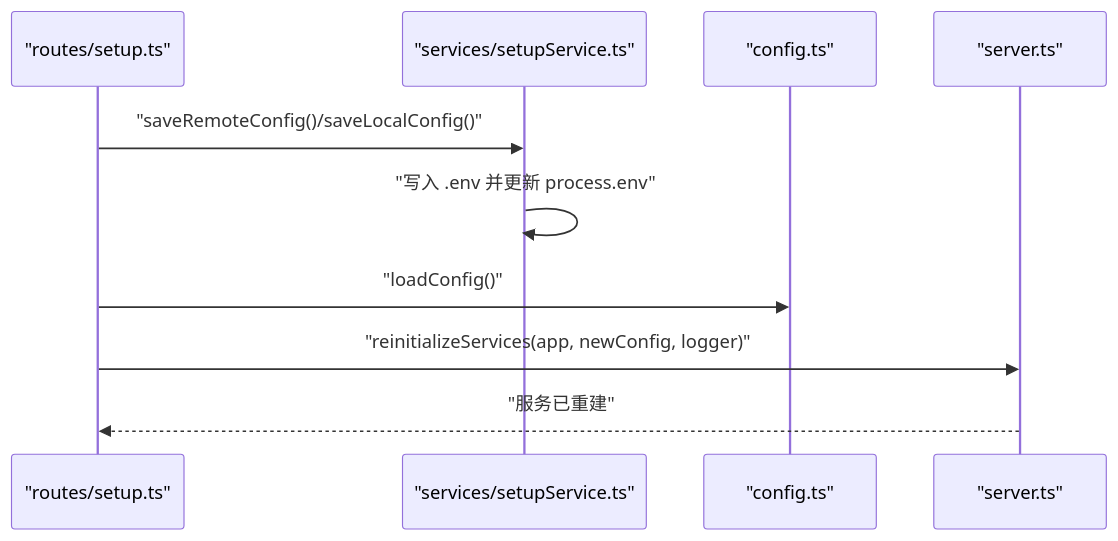
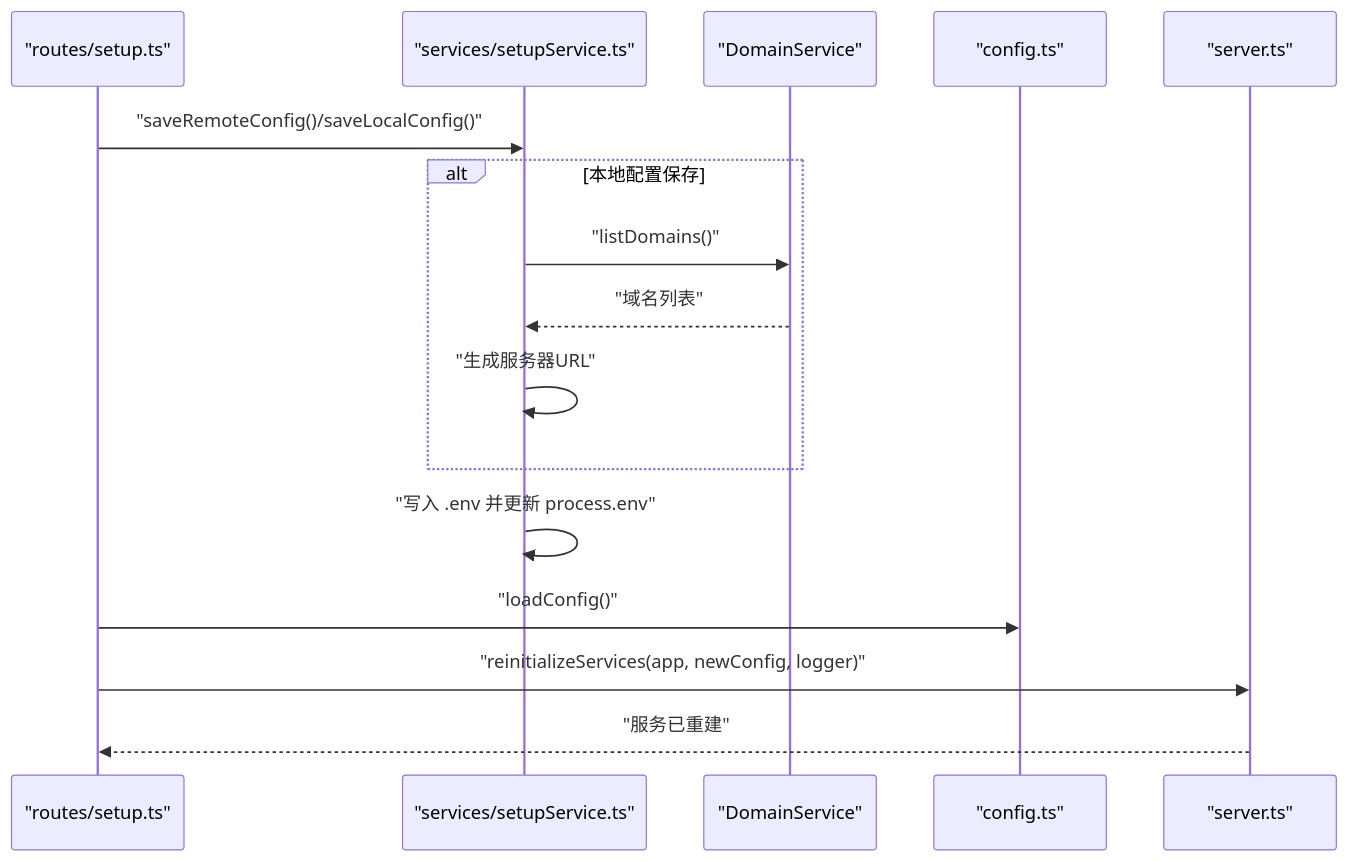
The sixth of 9 diagrams in .qoder/repowiki/zh/content/后端服务详解/设置服务模块.md (RabbitAI-Lab/Sandbox-Manager), drawn with Mermaid before and after one commit. The commit also changed other lines of this file and 15 other files, not shown here.

````diff
--- a/.qoder/repowiki/zh/content/后端服务详解/设置服务模块.md
+++ b/.qoder/repowiki/zh/content/后端服务详解/设置服务模块.md
@@ -281,12 +322,18 @@
 ```mermaid
 sequenceDiagram
 participant Route as "routes/setup.ts"
 participant Svc as "services/setupService.ts"
+participant DomSvc as "DomainService"
 participant Cfg as "config.ts"
 participant Srv as "server.ts"
 Route->>Svc : "saveRemoteConfig()/saveLocalConfig()"
+alt 本地配置保存
+Svc->>DomSvc : "listDomains()"
+DomSvc-->>Svc : "域名列表"
+Svc->>Svc : "生成服务器URL"
+end
 Svc->>Svc : "写入 .env 并更新 process.env"
 Route->>Cfg : "loadConfig()"
 Route->>Srv : "reinitializeServices(app, newConfig, logger)"
 Srv-->>Route : "服务已重建"
 ```
````
